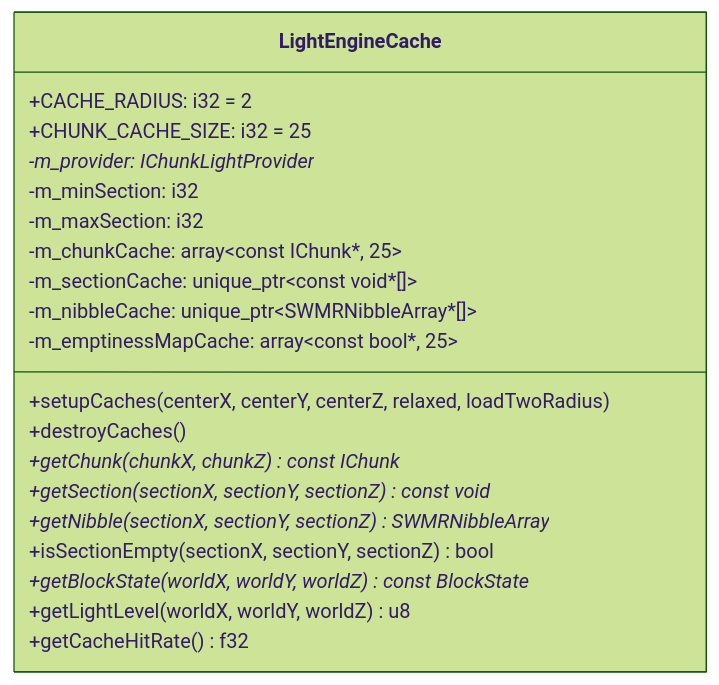
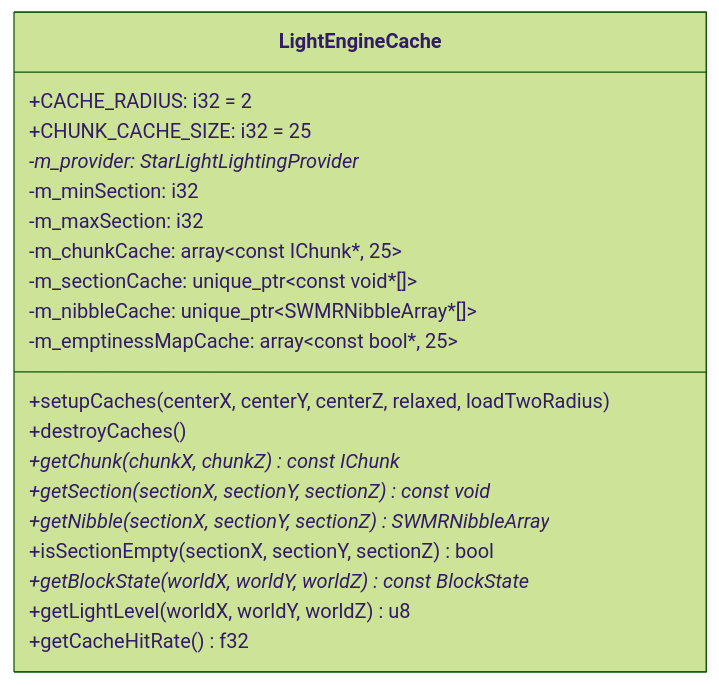
Before and after one commit to g122622/Cubium: the fourth of 6 diagrams in src/common/world/lighting/engine/README.md, drawn with Mermaid (forest theme). The commit also changed other lines of this file and 29 other files, not shown here.

````diff
--- a/src/common/world/lighting/engine/README.md
+++ b/src/common/world/lighting/engine/README.md
@@ -160,25 +161,25 @@
 ```mermaid
 classDiagram
     class LightEngineCache {
         +CACHE_RADIUS: i32 = 2
         +CHUNK_CACHE_SIZE: i32 = 25
 
-        -m_provider: IChunkLightProvider*
+        -m_provider: StarLightLightingProvider*
         -m_minSection: i32
         -m_maxSection: i32
         -m_chunkCache: array~const IChunk*, 25~
         -m_sectionCache: unique_ptr~const void*[]~
         -m_nibbleCache: unique_ptr~SWMRNibbleArray*[]~
         -m_emptinessMapCache: array~const bool*, 25~
 
         +setupCaches(centerX, centerY, centerZ, relaxed, loadTwoRadius)
         +destroyCaches()
         +getChunk(chunkX, chunkZ) const IChunk*
         +getSection(sectionX, sectionY, sectionZ) const void*
         +getNibble(sectionX, sectionY, sectionZ) SWMRNibbleArray*
         +isSectionEmpty(sectionX, sectionY, sectionZ) bool
         +getBlockState(worldX, worldY, worldZ) const BlockState*
         +getLightLevel(worldX, worldY, worldZ) u8
         +getCacheHitRate() f32
     }
 ```
````
